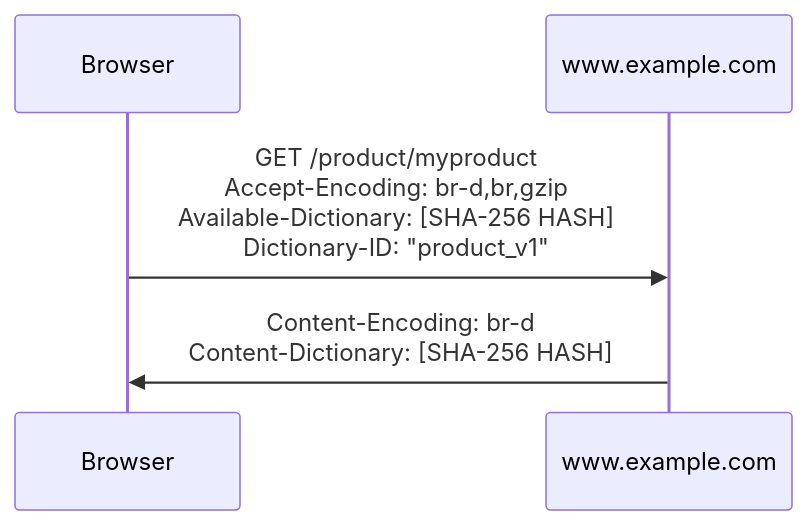
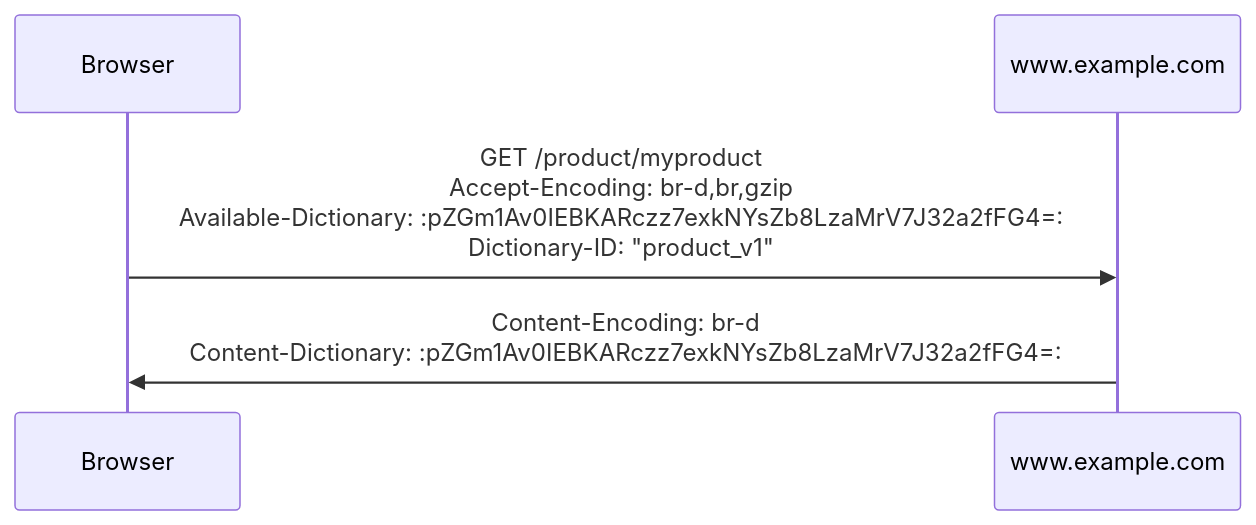
One commit to WICG/compression-dictionary-transport changed the fourth of 4 diagrams in README.md. Above: the diagram before and after it, drawn with Mermaid. The commit also changed other lines of this file, not shown here.

Commit message:
Made it clear that the dictionary hash headers are base64-encoded

````diff
--- a/README.md
+++ b/README.md
@@ -250,5 +250,5 @@
 ```mermaid
 sequenceDiagram
-Browser->>www.example.com: GET /product/myproduct<br/>Accept-Encoding: br-d,br,gzip<br/>Available-Dictionary: [SHA-256 HASH]<br/>Dictionary-ID: "product_v1"
-www.example.com->>Browser: Content-Encoding: br-d<br/>Content-Dictionary: [SHA-256 HASH]
+Browser->>www.example.com: GET /product/myproduct<br/>Accept-Encoding: br-d,br,gzip<br/>Available-Dictionary: :pZGm1Av0IEBKARczz7exkNYsZb8LzaMrV7J32a2fFG4=:<br/>Dictionary-ID: "product_v1"
+www.example.com->>Browser: Content-Encoding: br-d<br/>Content-Dictionary: :pZGm1Av0IEBKARczz7exkNYsZb8LzaMrV7J32a2fFG4=:
 ```
````
